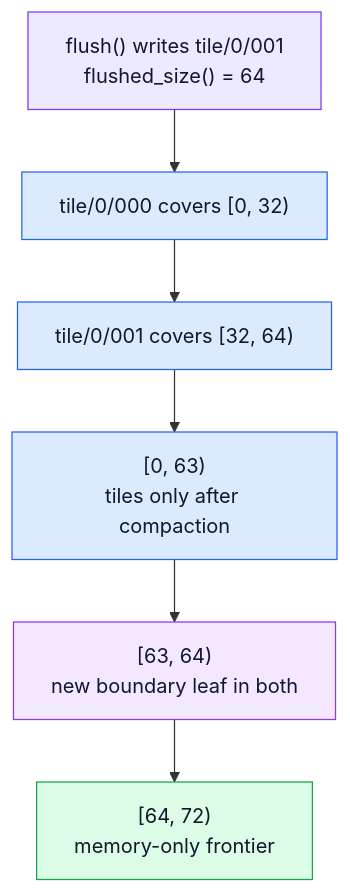
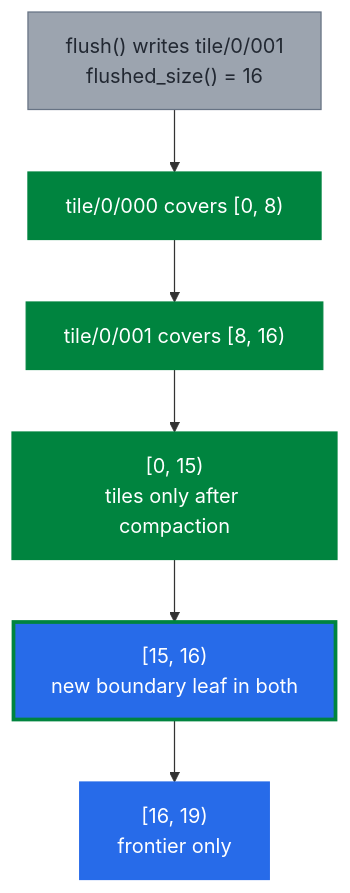
Before and after one commit to microsoft/merklecpp: diagram 11 of 20 in doc/tiles-illustrated.rst, drawn with Mermaid. The commit also changed other lines of this file, not shown here.

```diff
--- a/doc/tiles-illustrated.rst
+++ b/doc/tiles-illustrated.rst
@@ -378,20 +376,20 @@
 .. mermaid::
 
    flowchart TB
-     F["flush() writes tile/0/001<br/>flushed_size() = 64"]:::computed
-     T0["tile/0/000 covers [0, 32)"]:::tile
-     T1["tile/0/001 covers [32, 64)"]:::tile
-     C["[0, 63)<br/>tiles only after compaction"]:::tile
-     B["[63, 64)<br/>new boundary leaf in both"]:::both
-     M["[64, 72)<br/>memory-only frontier"]:::memory
+     F["flush() writes tile/0/001<br/>flushed_size() = 16"]:::computed
+     T0["tile/0/000 covers [0, 8)"]:::tile
+     T1["tile/0/001 covers [8, 16)"]:::tile
+     C["[0, 15)<br/>tiles only after compaction"]:::tile
+     B["[15, 16)<br/>new boundary leaf in both"]:::both
+     M["[16, 19)<br/>frontier only"]:::memory
 
      F --> T0
      T0 --> T1
      T1 --> C
      C --> B
      B --> M
 
-     classDef tile fill:#dbeafe,stroke:#2563eb,color:#111827
-     classDef memory fill:#dcfce7,stroke:#16a34a,color:#111827
-     classDef both fill:#f3e8ff,stroke:#9333ea,color:#111827
-     classDef computed fill:#ede9fe,stroke:#7c3aed,color:#111827
+     classDef tile fill:#00843f,stroke:#00843f,color:#ffffff
+     classDef memory fill:#276be9,stroke:#276be9,color:#ffffff
+     classDef both fill:#276be9,stroke:#00843f,stroke-width:3px,color:#ffffff
+     classDef computed fill:#9ca4af,stroke:#677384,color:#222832
```
